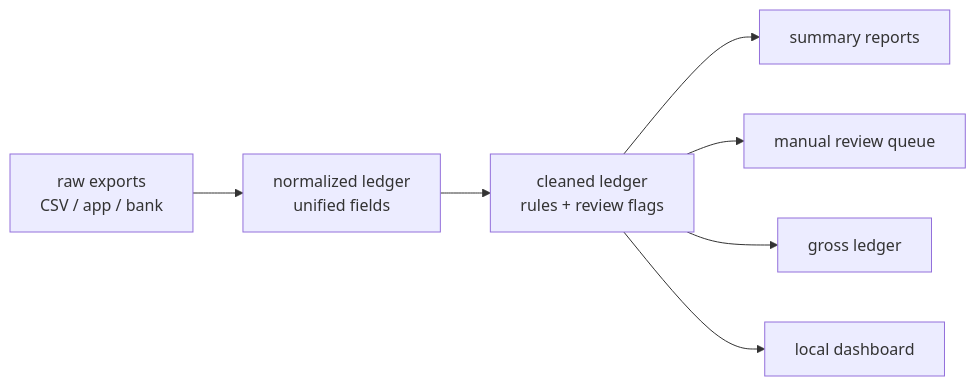
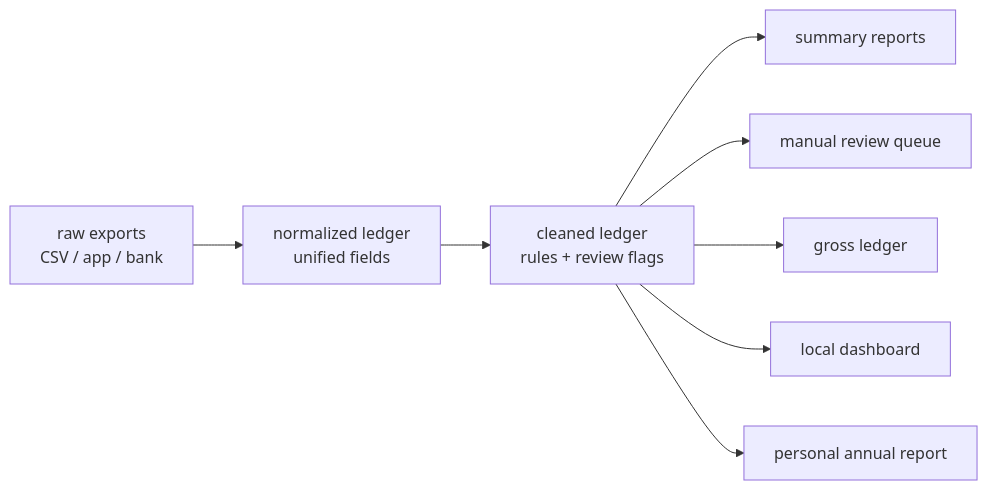
One commit to sugarfolds/personal-ledger-pipeline changed the diagram in README.md. Above: the diagram before and after it, drawn with Mermaid. The commit also changed other lines of this file and 1 other file, not shown here.

Commit message:
Add personal annual report generator

````diff
--- a/README.md
+++ b/README.md
@@ -50,9 +51,10 @@
 ```mermaid
 flowchart LR
   A["raw exports<br/>CSV / app / bank"] --> B["normalized ledger<br/>unified fields"]
   B --> C["cleaned ledger<br/>rules + review flags"]
   C --> D["summary reports"]
   C --> E["manual review queue"]
   C --> F["gross ledger"]
   C --> G["local dashboard"]
+  C --> H["personal annual report"]
 ```
````
